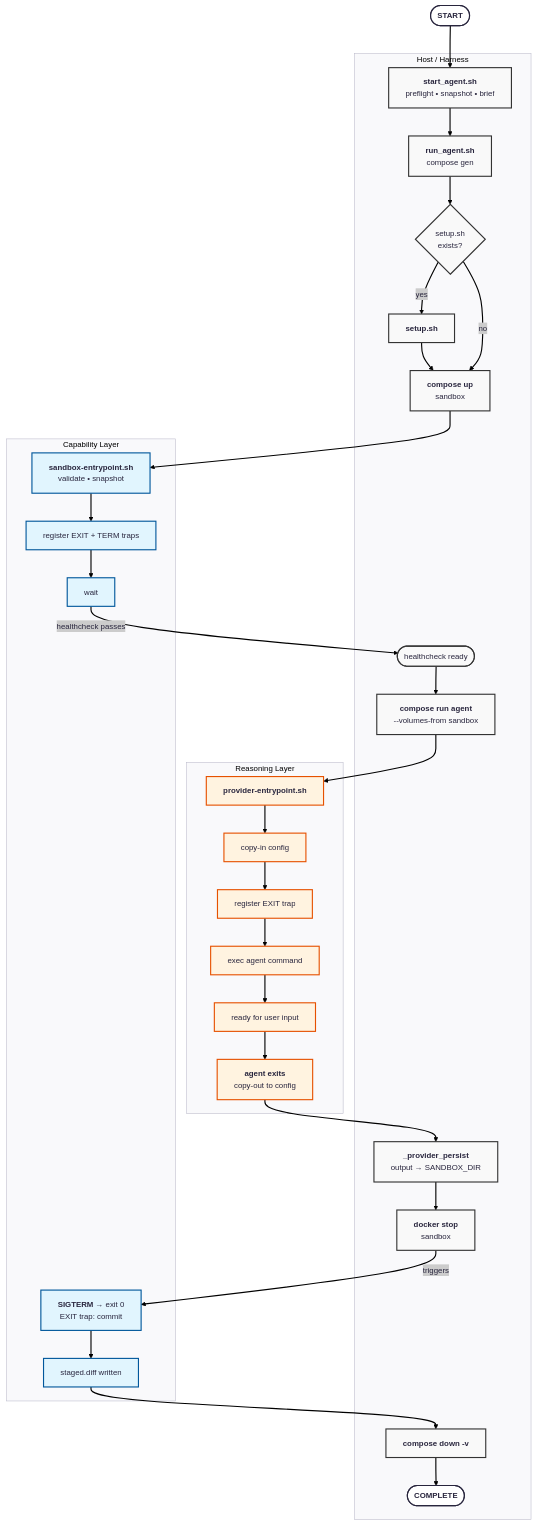
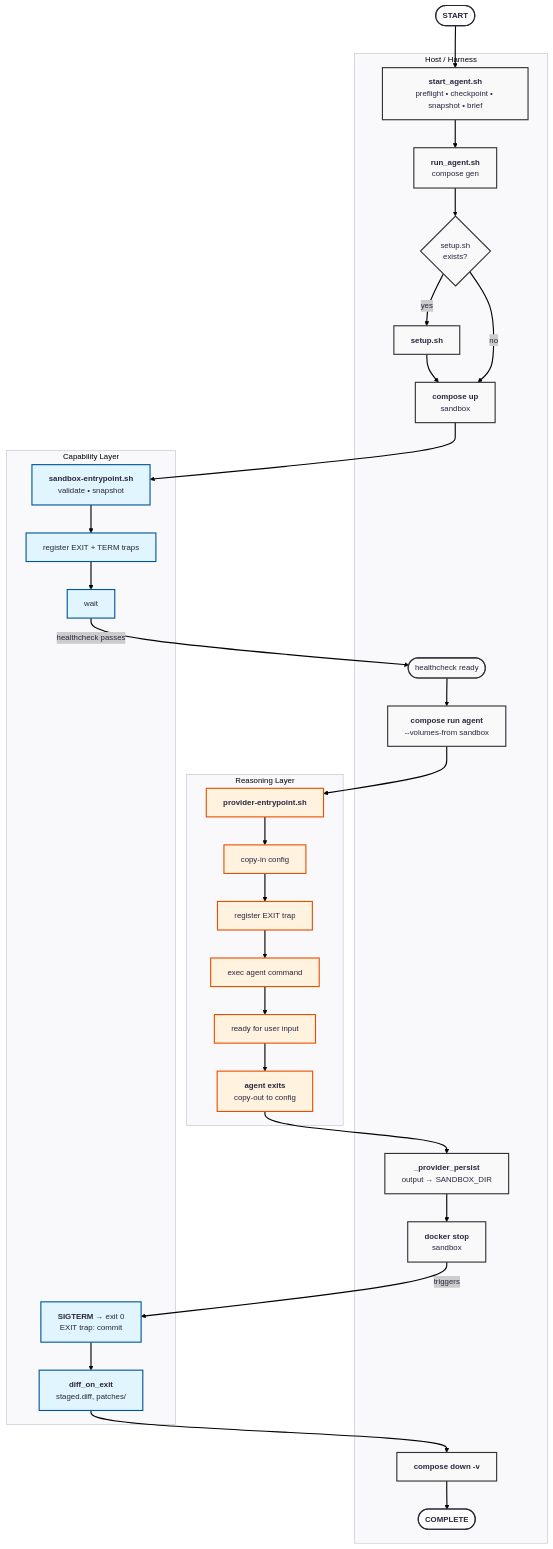
One commit to yaojiethng/agent-sandbox changed the diagram in docs/architecture/execution_model.md. Above: the diagram before and after it, drawn with Mermaid. The commit also changed other lines of this file and 3 other files, not shown here.

````diff
--- a/docs/architecture/execution_model.md
+++ b/docs/architecture/execution_model.md
@@ -116,63 +118,63 @@
 ```mermaid
 ---
 config:
       theme: redux
 ---
 flowchart TD
     %% Global Styles
     classDef host fill:#f9f9f9,stroke:#333,stroke-width:2px;
     classDef cap fill:#e1f5fe,stroke:#01579b;
     classDef rsn fill:#fff3e0,stroke:#e65100;
 
     START([<b>START</b>]) --> SA
 
     subgraph HOST [Host / Harness]
-        SA["<b>start_agent.sh</b><br/>preflight • snapshot • brief"]
+        SA["<b>start_agent.sh</b><br/>preflight • checkpoint • snapshot • brief"]
         RA["<b>run_agent.sh</b><br/>compose gen"]
         DEC{setup.sh<br/>exists?}
         SH["<b>setup.sh</b>"]
         CUS["<b>compose up</b><br/>sandbox"]
         WAIT_HC([healthcheck ready])
         CRA["<b>compose run agent</b><br/>--volumes-from sandbox"]
         PP["<b>_provider_persist</b><br/>output → SANDBOX_DIR"]
         DSS["<b>docker stop</b><br/>sandbox"]
         CDV["<b>compose down -v</b>"]
         END([<b>COMPLETE</b>])
     end
 
     subgraph CAP [Capability Layer]
         SE["<b>sandbox-entrypoint.sh</b><br/>validate • snapshot"]
         TR["register EXIT + TERM traps"]
         WAIT["wait"]
         SIGTERM["<b>SIGTERM</b> → exit 0<br/>EXIT trap: commit"]
-        DIFF["staged.diff written"]
+        DIFF["<b>diff_on_exit</b><br/>staged.diff, patches/"]
     end
 
     subgraph RSN [Reasoning Layer]
         PE["<b>provider-entrypoint.sh</b>"]
         CI["copy-in config"]
         ET["register EXIT trap"]
         EX["exec agent command"]
         RDY["ready for user input"]
         AE["<b>agent exits</b><br/>copy-out to config"]
     end
 
     %% Logic Flow
     SA --> RA --> DEC
     DEC -- yes --> SH --> CUS
     DEC -- no --> CUS
     CUS --> SE
     SE --> TR --> WAIT
     WAIT -- healthcheck passes --> WAIT_HC
     WAIT_HC --> CRA
     CRA --> PE
     PE --> CI --> ET --> EX --> RDY --> AE
     AE --> PP --> DSS
     DSS -- triggers --> SIGTERM
     SIGTERM --> DIFF --> CDV --> END
 
     %% Apply Styles
     class SA,RA,DEC,SH,CUS,WAIT_HC,CRA,PP,DSS,CDV host;
     class SE,TR,WAIT,SIGTERM,DIFF cap;
     class PE,CI,ET,EX,RDY,AE rsn;
 ```
````
